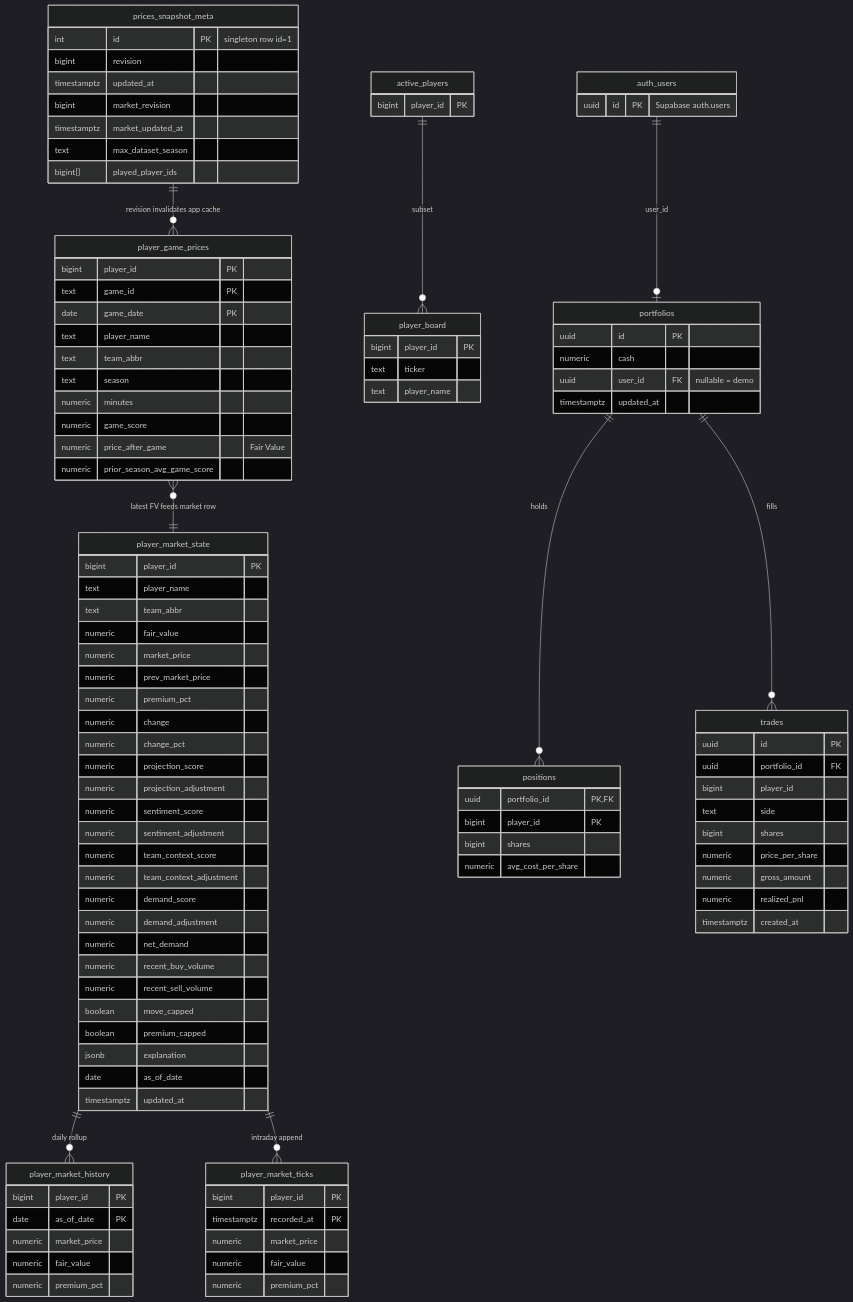
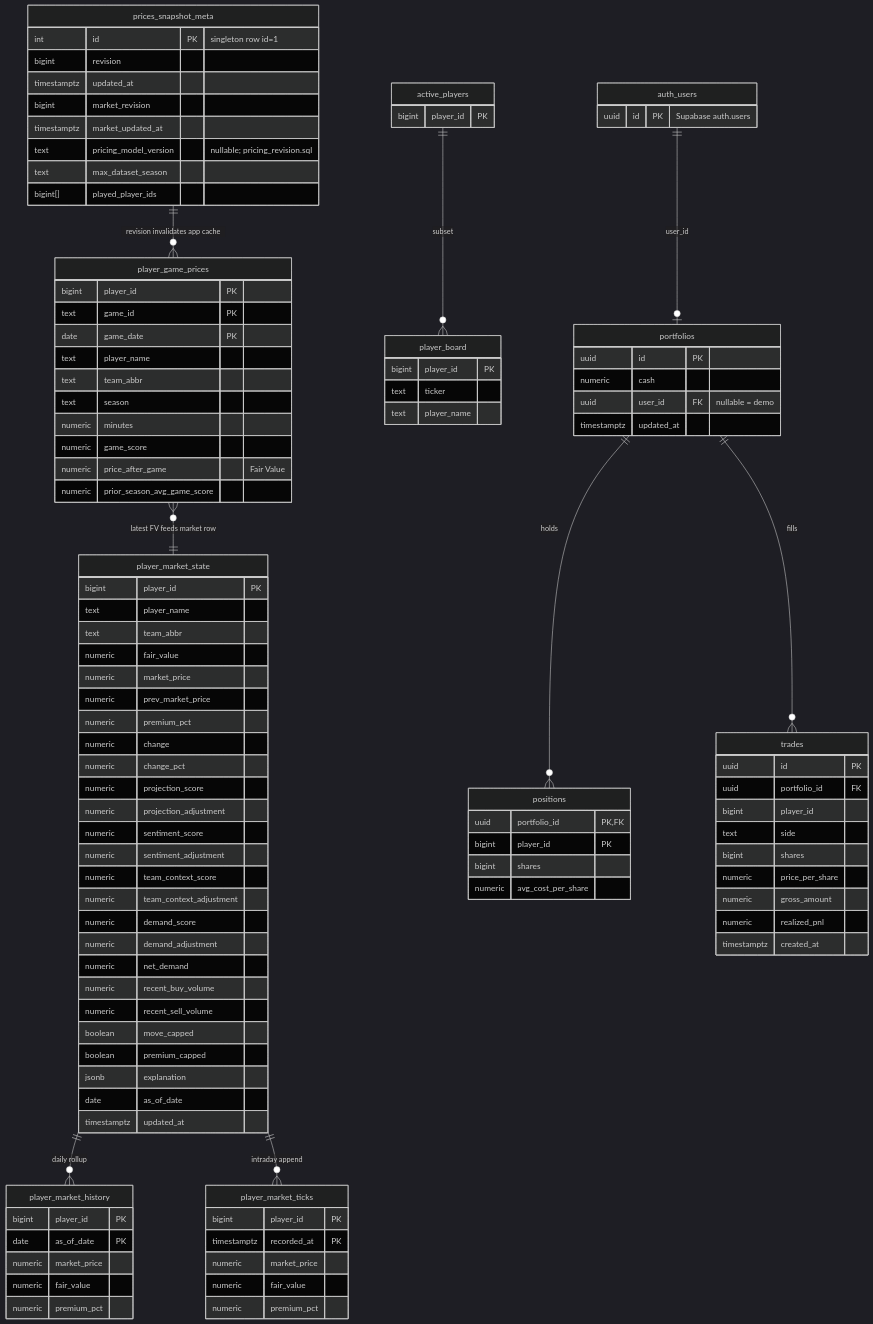
One commit to Arya85693/NBA-superstar-prediction changed the first of 2 diagrams in docs/DATABASE_ARCHITECTURE.md. Above: the diagram before and after it, drawn with Mermaid (dark theme). The commit also changed other lines of this file and 35 other files, not shown here.

```diff
--- a/docs/DATABASE_ARCHITECTURE.md
+++ b/docs/DATABASE_ARCHITECTURE.md
@@ -14,6 +14,7 @@
     timestamptz updated_at
     bigint market_revision
     timestamptz market_updated_at
+    text pricing_model_version "nullable; pricing_revision.sql"
     text max_dataset_season
     bigint[] played_player_ids
   }
```
